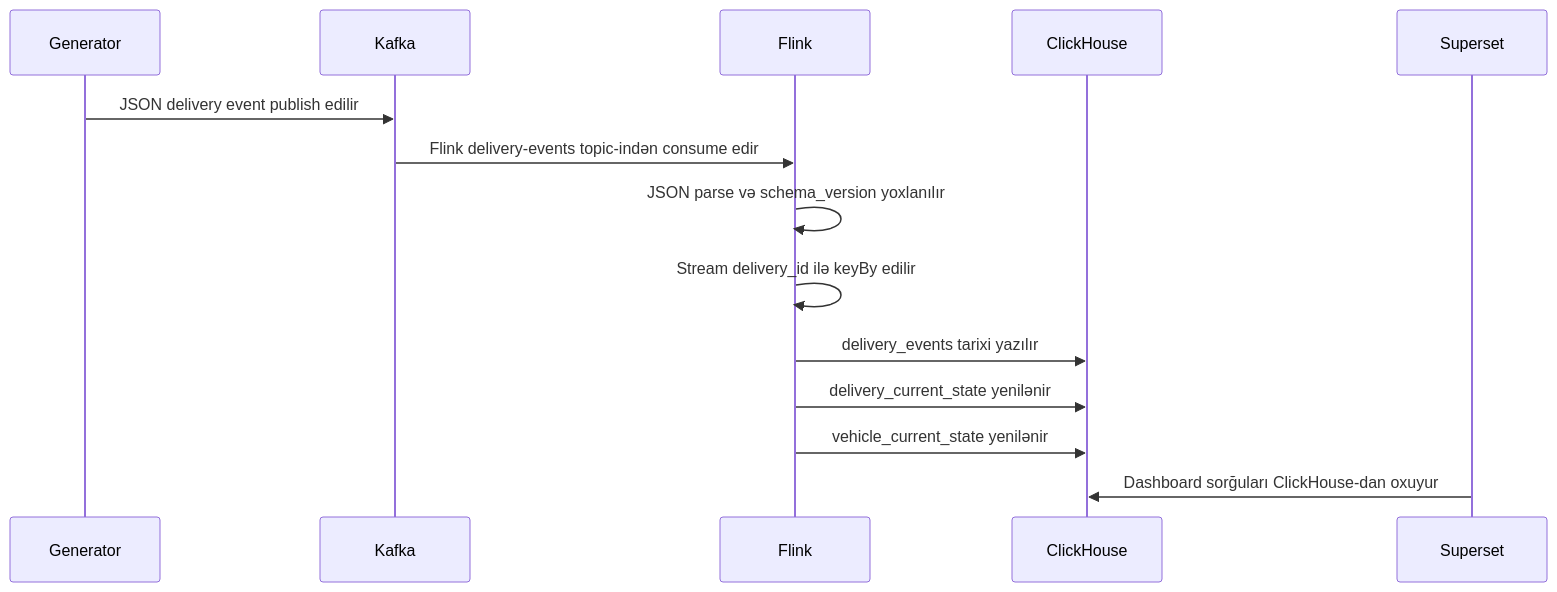
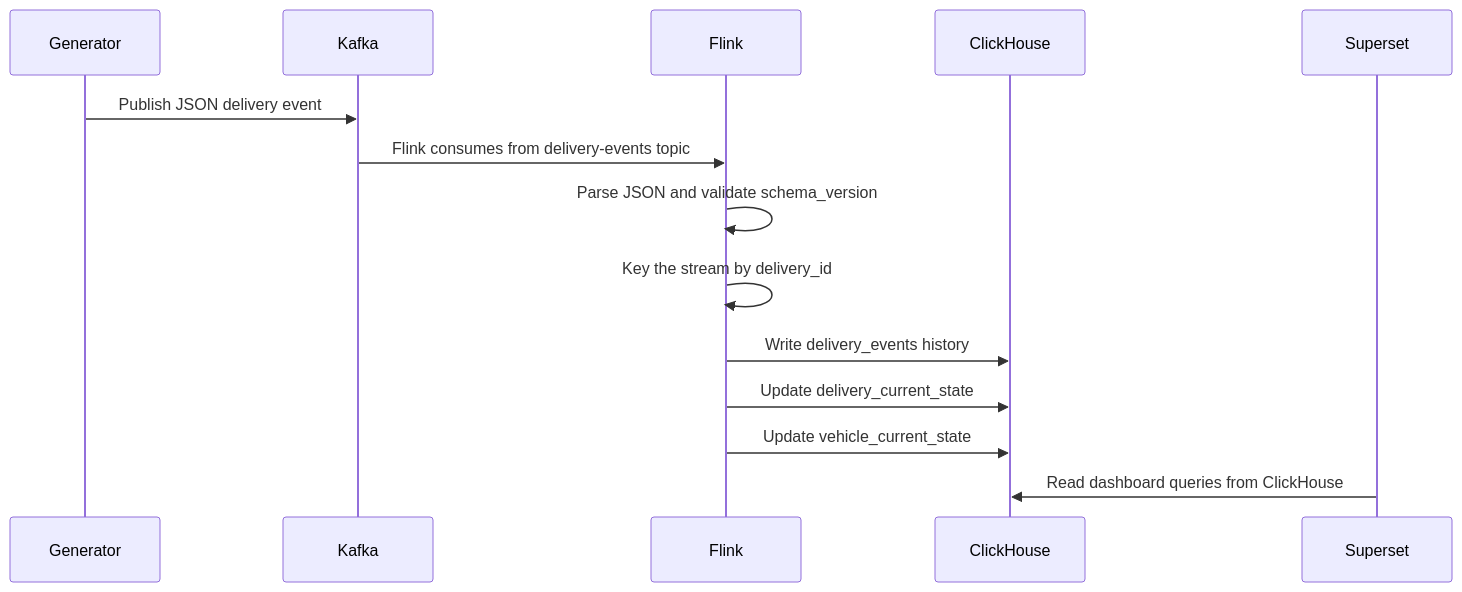
One commit to VugarMammadov87/deliveryflow-project changed the second of 4 diagrams in docs/application-workflow.md. Above: the diagram before and after it, drawn with Mermaid. The commit also changed other lines of this file and 37 other files, not shown here.

````diff
--- a/docs/application-workflow.md
+++ b/docs/application-workflow.md
@@ -182,17 +183,17 @@
 ```mermaid
 sequenceDiagram
     participant G as Generator
     participant K as Kafka
     participant F as Flink
     participant CH as ClickHouse
     participant S as Superset
 
-    G->>K: JSON delivery event publish edilir
-    K->>F: Flink delivery-events topic-indən consume edir
-    F->>F: JSON parse və schema_version yoxlanılır
-    F->>F: Stream delivery_id ilə keyBy edilir
-    F->>CH: delivery_events tarixi yazılır
-    F->>CH: delivery_current_state yenilənir
-    F->>CH: vehicle_current_state yenilənir
-    S->>CH: Dashboard sorğuları ClickHouse-dan oxuyur
+    G->>K: Publish JSON delivery event
+    K->>F: Flink consumes from delivery-events topic
+    F->>F: Parse JSON and validate schema_version
+    F->>F: Key the stream by delivery_id
+    F->>CH: Write delivery_events history
+    F->>CH: Update delivery_current_state
+    F->>CH: Update vehicle_current_state
+    S->>CH: Read dashboard queries from ClickHouse
 ```
````
